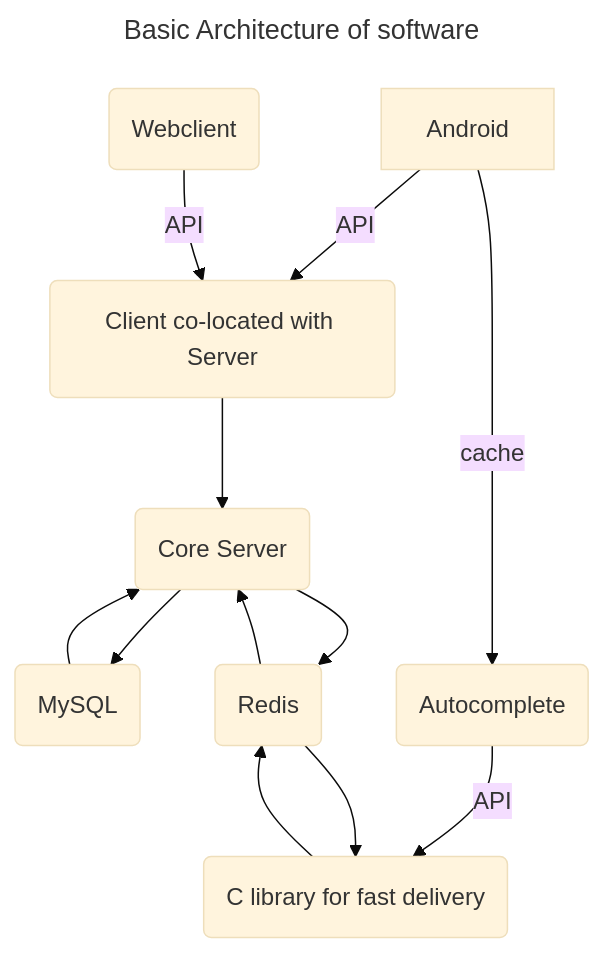
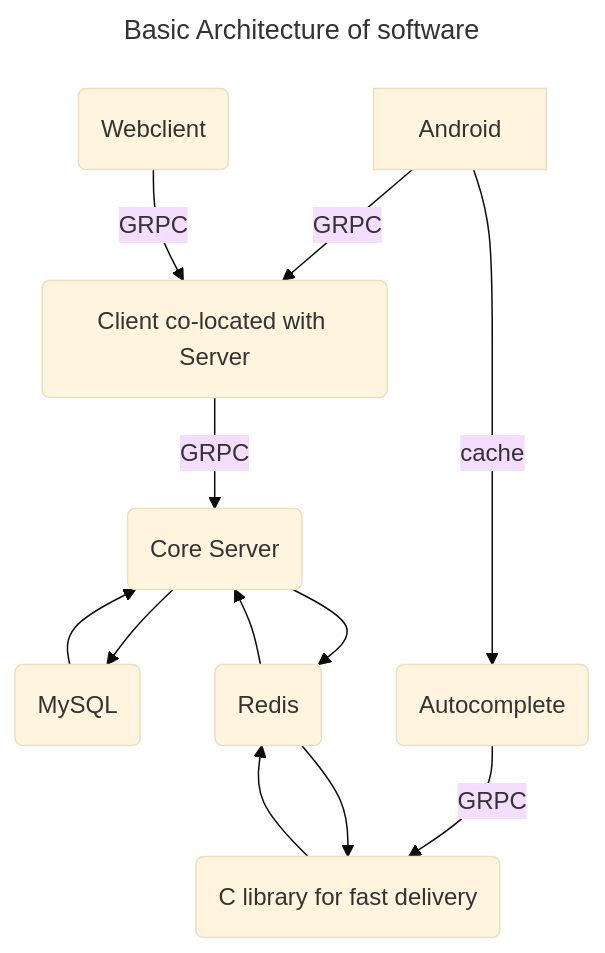
Before and after one commit to aparavind/projects: the second of 2 diagrams in README.md, drawn with Mermaid (base theme). The commit also changed 3 other files, not shown here.

`````diff
--- a/README.md
+++ b/README.md
@@ -36,17 +36,17 @@
     ````mermaid
     ---
     title: Basic Architecture of software
     ---
     flowchart TD
-        A[Android] -->|API| SCW(Client co-located with Server)
-        WC(Webclient) -->|API| SCW
-        SCW --> CS(Core Server)
+        A[Android] -->|GRPC| SCW(Client co-located with Server)
+        WC(Webclient) -->|GRPC| SCW
+        SCW -->|GRPC| CS(Core Server)
         CS --> RDBMS(MySQL)
         RDBMS --> CS
         CS --> INM(Redis)
         INM --> CS
         A -->|cache| AC(Autocomplete)
-        AC -->|API| CL(C library for fast delivery)
+        AC -->|GRPC| CL(C library for fast delivery)
         CL --> INM
         INM --> CL
     ````
`````
